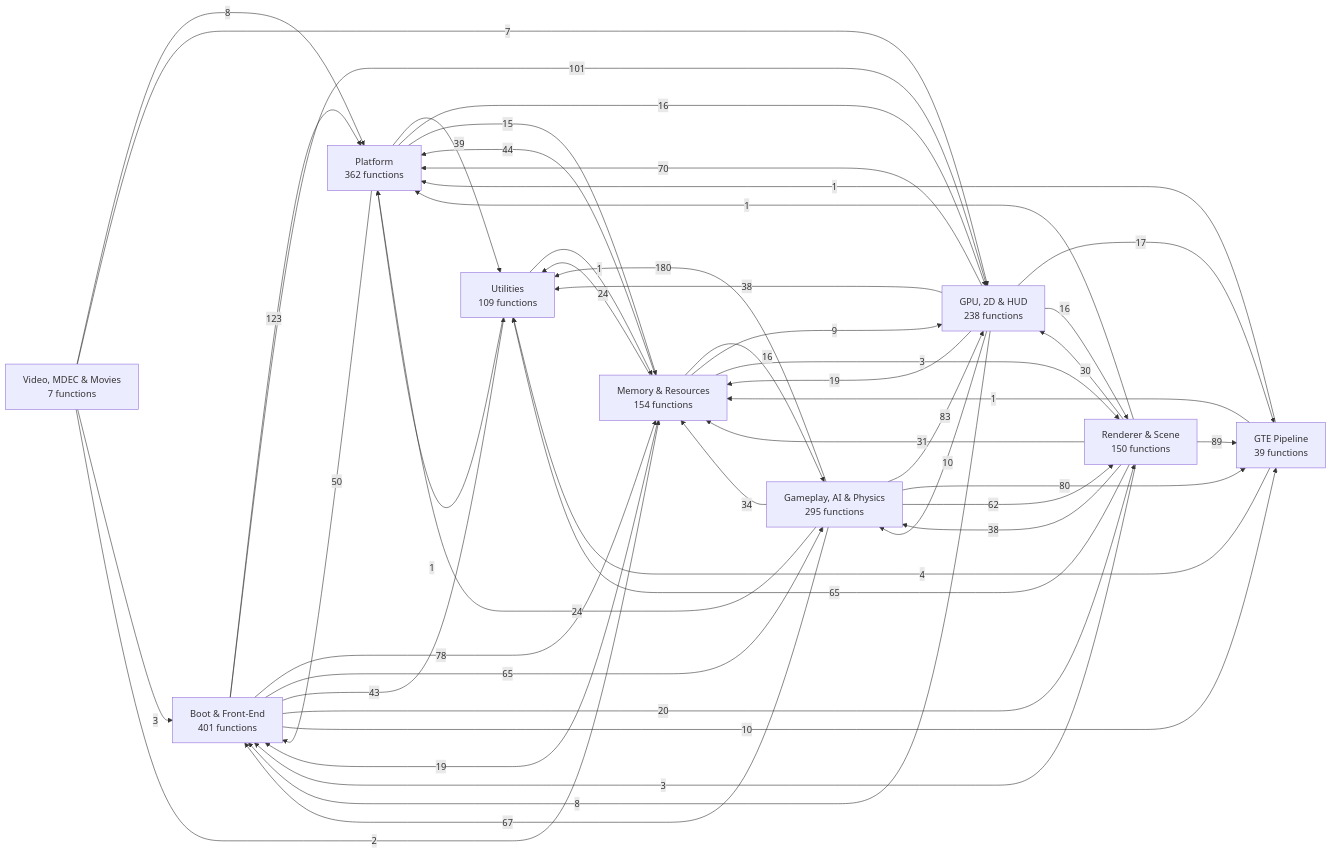
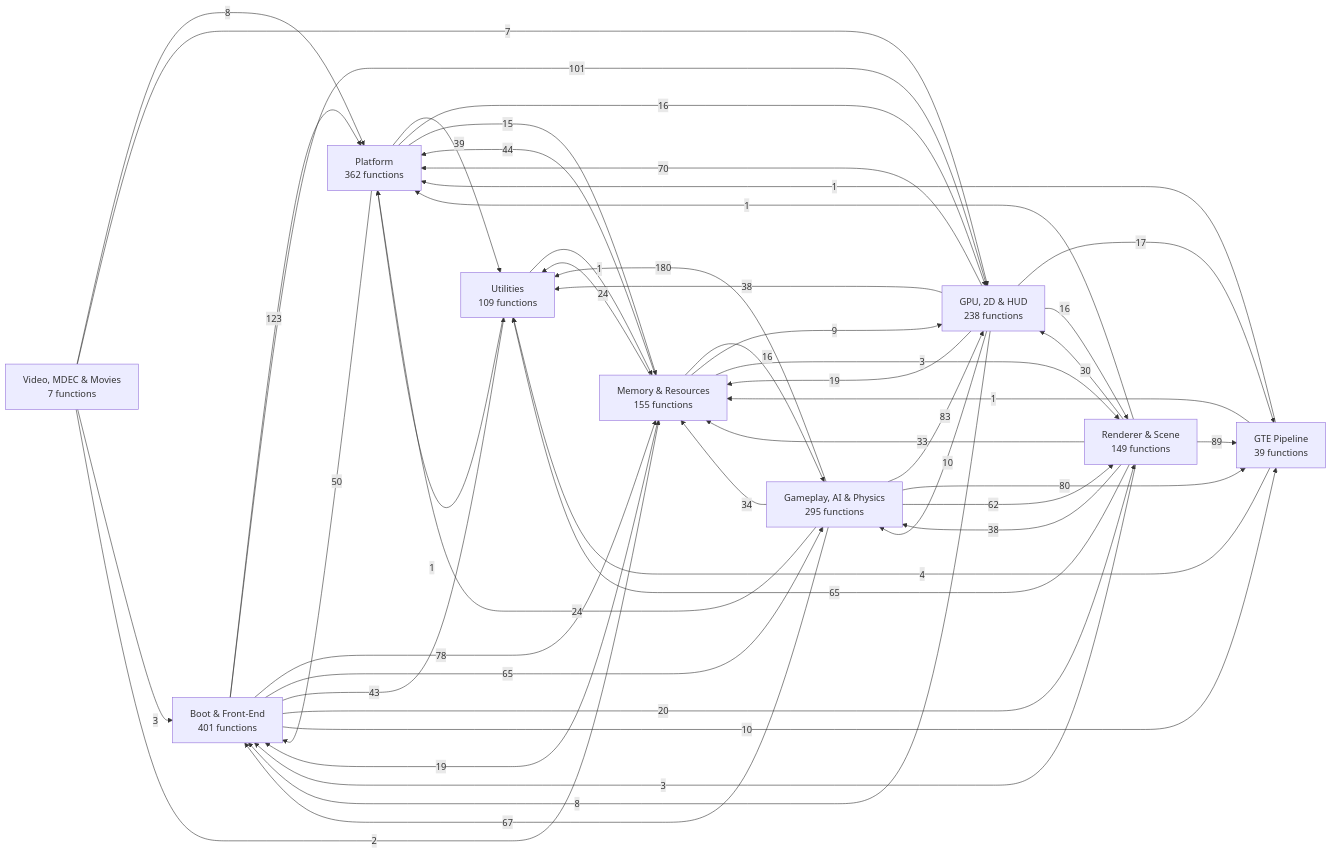
One commit to kai-luni/Future-Cop-L.A.P.D-PS1 changed the first of 11 diagrams in docs/FUNCTION_MAP.md. Above: the diagram before and after it, drawn with Mermaid. The commit also changed other lines of this file and 12 other files, not shown here.

````diff
--- a/docs/FUNCTION_MAP.md
+++ b/docs/FUNCTION_MAP.md
@@ -13,59 +13,59 @@
 ```mermaid
 graph LR
     g0["Boot & Front-End<br/>401 functions"]
-    g1["Memory & Resources<br/>154 functions"]
+    g1["Memory & Resources<br/>155 functions"]
     g2["Video, MDEC & Movies<br/>7 functions"]
     g3["GTE Pipeline<br/>39 functions"]
-    g4["Renderer & Scene<br/>150 functions"]
+    g4["Renderer & Scene<br/>149 functions"]
     g5["GPU, 2D & HUD<br/>238 functions"]
     g6["Gameplay, AI & Physics<br/>295 functions"]
     g7["Platform<br/>362 functions"]
     g8["Utilities<br/>109 functions"]
     g6 -->|180| g8
     g0 -->|123| g7
     g0 -->|101| g5
     g4 -->|89| g3
     g6 -->|83| g5
     g6 -->|80| g3
     g0 -->|78| g1
     g5 -->|70| g7
     g6 -->|67| g0
     g0 -->|65| g6
     g4 -->|65| g8
     g6 -->|62| g4
     g7 -->|50| g0
     g1 -->|44| g7
     g0 -->|43| g8
     g7 -->|39| g8
     g5 -->|38| g8
     g4 -->|38| g6
     g6 -->|34| g1
-    g4 -->|31| g1
+    g4 -->|33| g1
     g4 -->|30| g5
     g6 -->|24| g7
     g1 -->|24| g8
     g0 -->|20| g4
     g5 -->|19| g1
     g1 -->|19| g0
     g5 -->|17| g3
     g5 -->|16| g4
     g1 -->|16| g6
     g7 -->|16| g5
     g7 -->|15| g1
     g0 -->|10| g3
     g5 -->|10| g6
     g1 -->|9| g5
     g5 -->|8| g0
     g2 -->|8| g7
     g2 -->|7| g5
     g3 -->|4| g8
     g1 -->|3| g4
     g4 -->|3| g0
     g2 -->|3| g0
     g2 -->|2| g1
     g3 -->|1| g1
     g3 -->|1| g7
     g4 -->|1| g7
     g8 -->|1| g1
     g8 -->|1| g7
 ```
````
